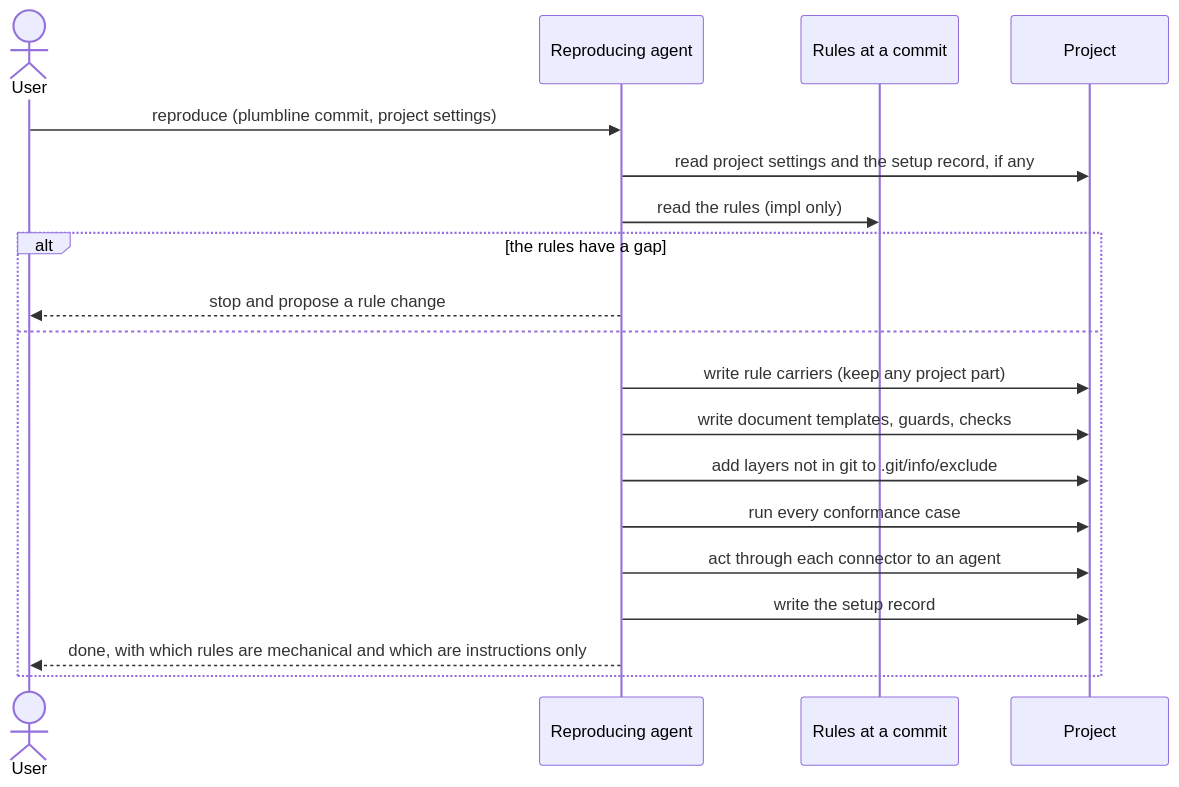
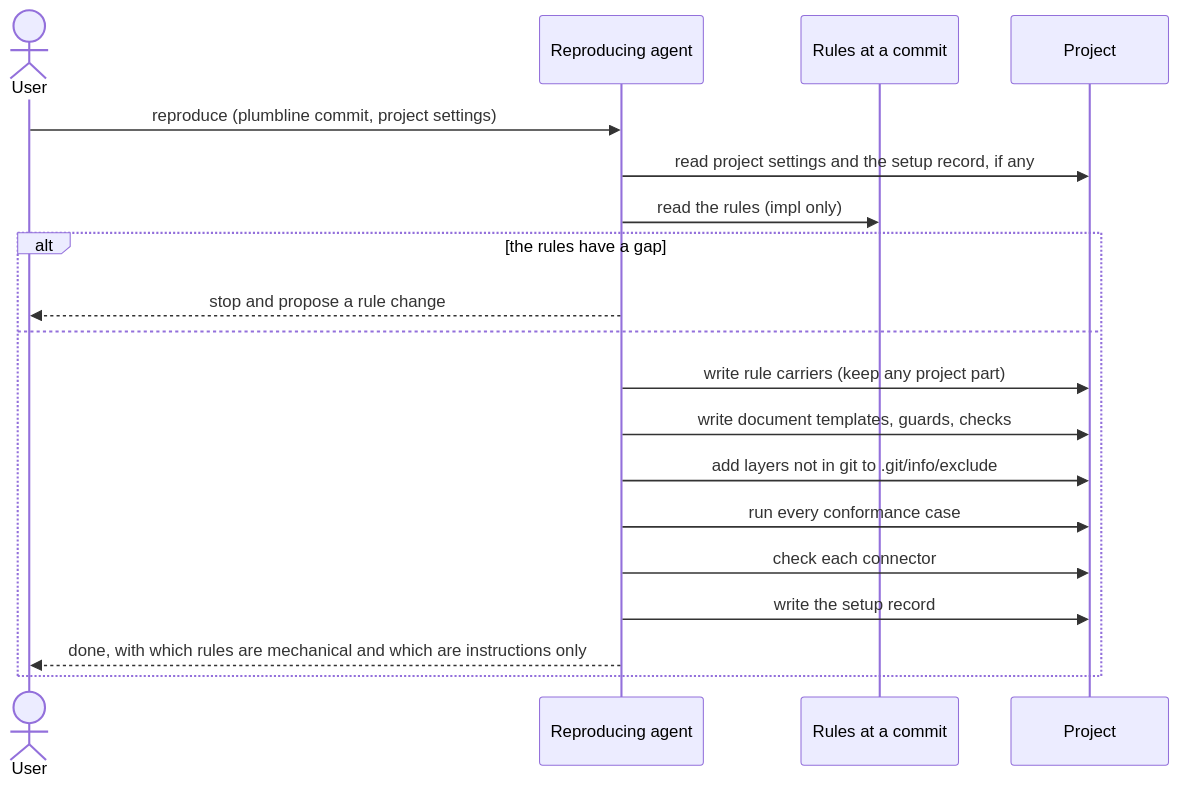
One commit to jheun66/plumbline changed the third of 4 diagrams in docs/design/overview.md. Above: the diagram before and after it, drawn with Mermaid. The commit also changed other lines of this file and 14 other files, not shown here.

````diff
--- a/docs/design/overview.md
+++ b/docs/design/overview.md
@@ -152,21 +152,21 @@
 ```mermaid
 sequenceDiagram
   actor U as User
   participant A as Reproducing agent
   participant R as Rules at a commit
   participant P as Project
   U->>A: reproduce (plumbline commit, project settings)
   A->>P: read project settings and the setup record, if any
   A->>R: read the rules (impl only)
   alt the rules have a gap
     A-->>U: stop and propose a rule change
   else
     A->>P: write rule carriers (keep any project part)
     A->>P: write document templates, guards, checks
     A->>P: add layers not in git to .git/info/exclude
     A->>P: run every conformance case
-    A->>P: act through each connector to an agent
+    A->>P: check each connector
     A->>P: write the setup record
     A-->>U: done, with which rules are mechanical and which are instructions only
   end
 ```
````
